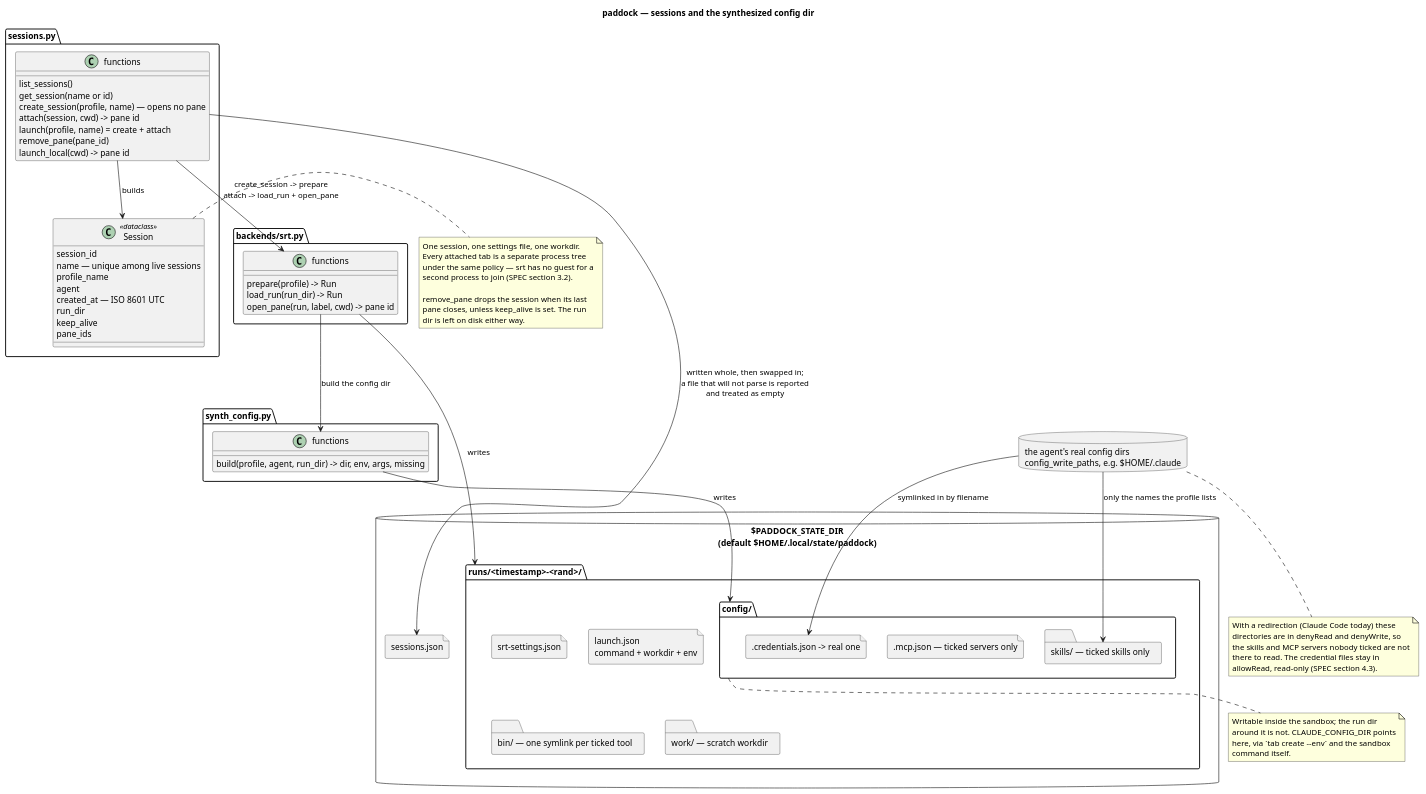
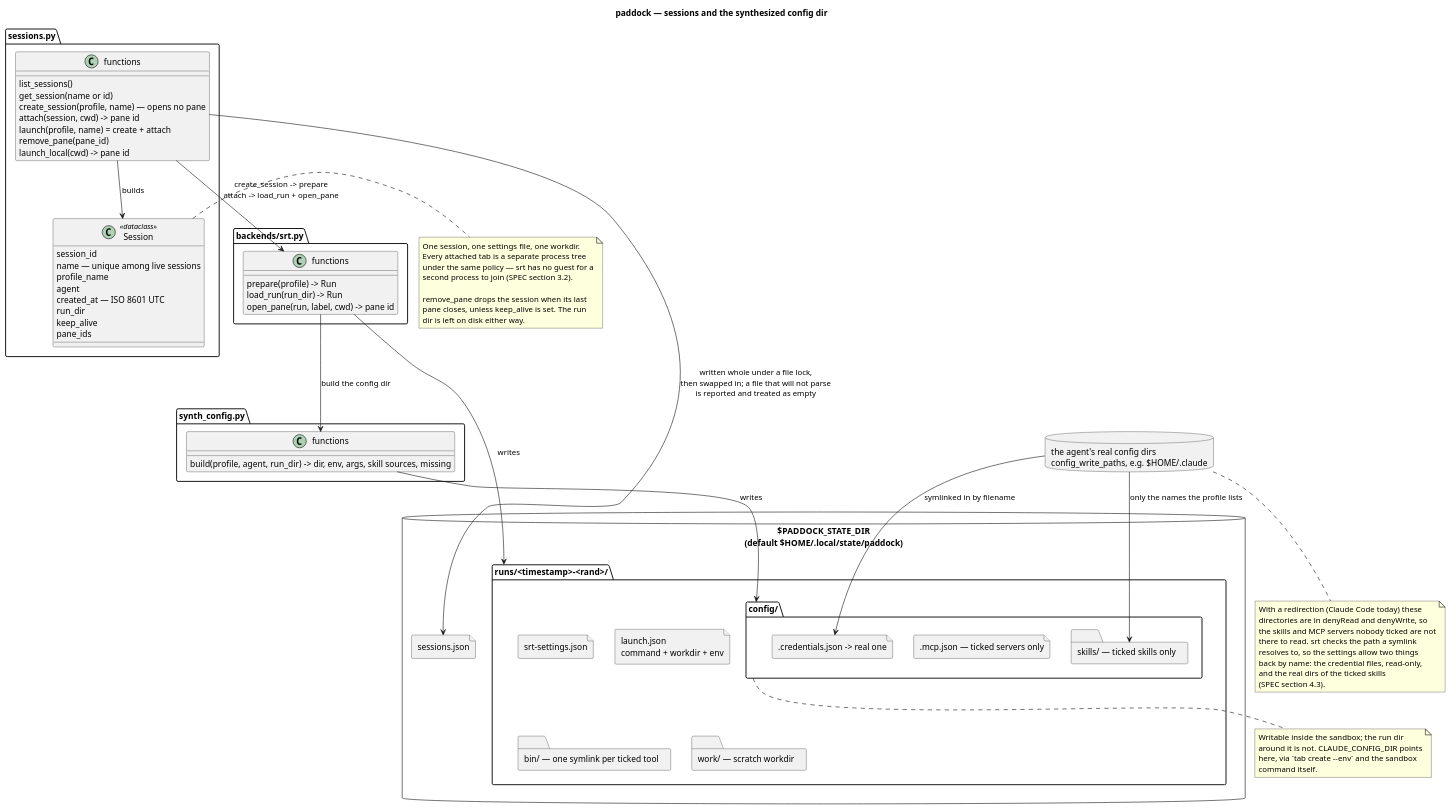
The diagram in docs/diagrams/sessions_and_config.puml (paddock-sh/paddock), drawn with PlantUML before and after one commit. The commit also changed 8 other files, not shown here.

First line of the commit message:
fix: review fixes — readable skills, and a registry two popups can share

```diff
--- a/docs/diagrams/sessions_and_config.puml
+++ b/docs/diagrams/sessions_and_config.puml
@@ -1,97 +1,100 @@
 @startuml sessions_and_config
 title paddock — sessions and the synthesized config dir
 
 allowmixing
 set separator none
 skinparam shadowing false
 skinparam classAttributeIconSize 0
 
 package "sessions.py" {
   class Session <<dataclass>> {
     session_id
     name — unique among live sessions
     profile_name
     agent
     created_at — ISO 8601 UTC
     run_dir
     keep_alive
     pane_ids
   }
   class "functions" as SessionFns {
     list_sessions()
     get_session(name or id)
     create_session(profile, name) — opens no pane
     attach(session, cwd) -> pane id
     launch(profile, name) = create + attach
     remove_pane(pane_id)
     launch_local(cwd) -> pane id
   }
 }
 
 package "backends/srt.py" {
   class "functions" as SrtFns {
     prepare(profile) -> Run
     load_run(run_dir) -> Run
     open_pane(run, label, cwd) -> pane id
   }
 }
 
 package "synth_config.py" {
   class "functions" as SynthFns {
-    build(profile, agent, run_dir) -> dir, env, args, missing
+    build(profile, agent, run_dir) -> dir, env, args, skill sources, missing
   }
 }
 
 database "$PADDOCK_STATE_DIR\n(default $HOME/.local/state/paddock)" as StateDir {
   file "sessions.json" as Registry
   folder "runs/<timestamp>-<rand>/" as RunDir {
     file "srt-settings.json" as Settings
     file "launch.json\ncommand + workdir + env" as Launch
     folder "bin/ — one symlink per ticked tool" as Shim
     folder "work/ — scratch workdir" as Work
     folder "config/" as Config {
       file ".credentials.json -> real one" as Creds
       file ".mcp.json — ticked servers only" as Mcp
       folder "skills/ — ticked skills only" as Skills
     }
   }
 }
 
 database "the agent's real config dirs\nconfig_write_paths, e.g. $HOME/.claude" as RealConfig
 
 SessionFns --> Session : builds
-SessionFns --> Registry : written whole, then swapped in;\na file that will not parse is reported\nand treated as empty
+SessionFns --> Registry : written whole under a file lock,\nthen swapped in; a file that will not parse\nis reported and treated as empty
 SessionFns --> SrtFns : create_session -> prepare\nattach -> load_run + open_pane
 SrtFns --> SynthFns : build the config dir
 SrtFns --> RunDir : writes
 SynthFns --> Config : writes
 RealConfig --> Creds : symlinked in by filename
 RealConfig --> Skills : only the names the profile lists
 
 note right of Session
   One session, one settings file, one workdir.
   Every attached tab is a separate process tree
   under the same policy — srt has no guest for a
   second process to join (SPEC section 3.2).
 
   remove_pane drops the session when its last
   pane closes, unless keep_alive is set. The run
   dir is left on disk either way.
 end note
 
 note bottom of RealConfig
   With a redirection (Claude Code today) these
   directories are in denyRead and denyWrite, so
   the skills and MCP servers nobody ticked are not
-  there to read. The credential files stay in
-  allowRead, read-only (SPEC section 4.3).
+  there to read. srt checks the path a symlink
+  resolves to, so the settings allow two things
+  back by name: the credential files, read-only,
+  and the real dirs of the ticked skills
+  (SPEC section 4.3).
 end note
 
 note bottom of Config
   Writable inside the sandbox; the run dir
   around it is not. CLAUDE_CONFIG_DIR points
   here, via `tab create --env` and the sandbox
   command itself.
 end note
 
 @enduml
```
